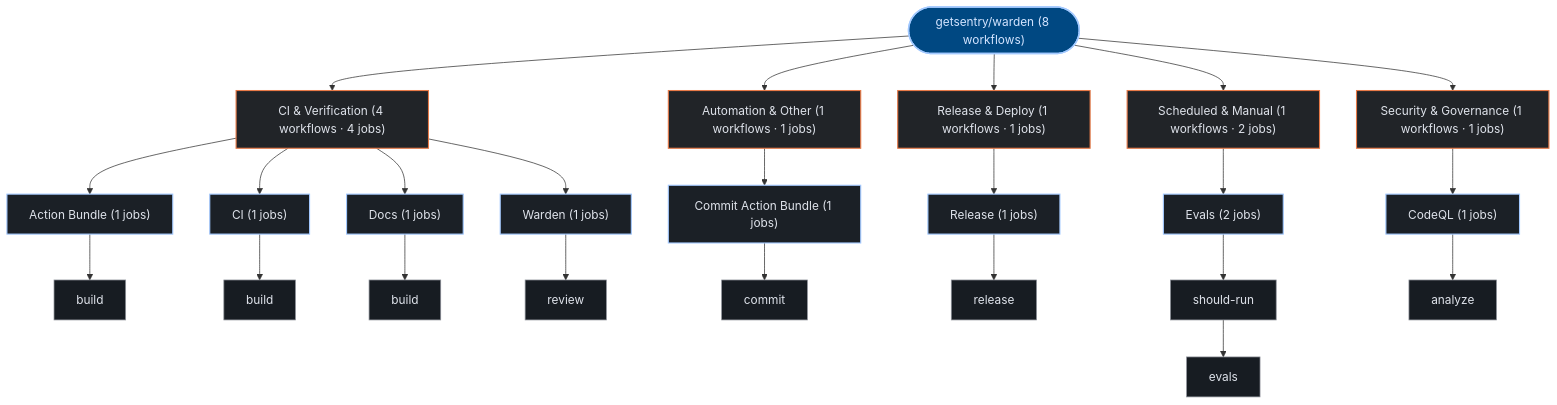
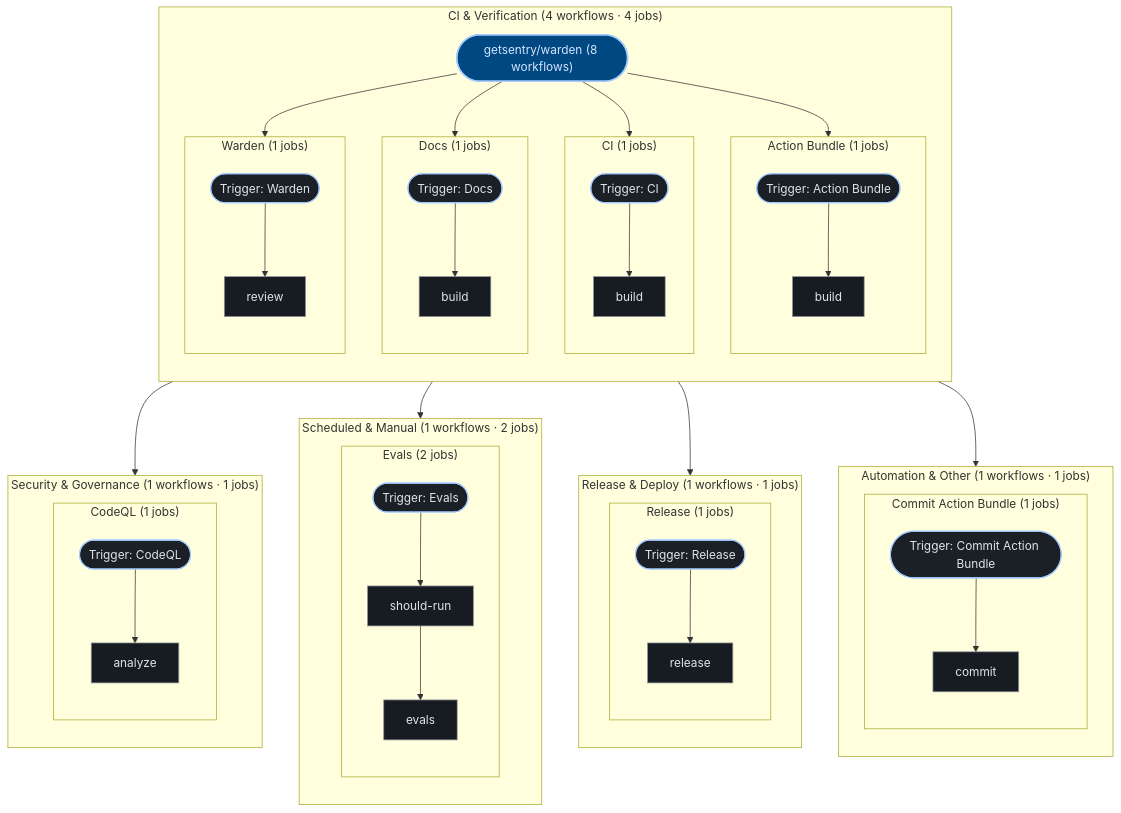
Before and after one commit to kumarshaz/atruss-code-atlas: the third of 3 diagrams in exports/latest/reports/getsentry-warden-report.md, drawn with Mermaid. The commit also changed 181 other files, not shown here.

````diff
--- a/exports/latest/reports/getsentry-warden-report.md
+++ b/exports/latest/reports/getsentry-warden-report.md
@@ -241,48 +241,77 @@
   classDef atlasAlert fill:#93000a,stroke:#ffb4ab,stroke-width:1.5px,color:#ffdad6
   classDef atlasMore fill:#252a31,stroke:#8d9199,stroke-dasharray:4 4,color:#c3c6cf
   pipeline_root(["getsentry/warden (8 workflows)"]):::atlasRoot
-  grp_0_CI___Verification["CI & Verification (4 workflows · 4 jobs)"]:::atlasCategory
-  pipeline_root --> grp_0_CI___Verification
-  wf_0_Action_Bundle["Action Bundle (1 jobs)"]:::atlasWorkflow
-  grp_0_CI___Verification --> wf_0_Action_Bundle
-  job_0_build["build"]:::atlasJob
-  wf_0_Action_Bundle --> job_0_build
-  wf_1_CI["CI (1 jobs)"]:::atlasWorkflow
-  grp_0_CI___Verification --> wf_1_CI
-  job_1_build["build"]:::atlasJob
-  wf_1_CI --> job_1_build
-  wf_4_Docs["Docs (1 jobs)"]:::atlasWorkflow
-  grp_0_CI___Verification --> wf_4_Docs
-  job_4_build["build"]:::atlasJob
-  wf_4_Docs --> job_4_build
-  wf_7_Warden["Warden (1 jobs)"]:::atlasWorkflow
-  grp_0_CI___Verification --> wf_7_Warden
-  job_7_review["review"]:::atlasJob
-  wf_7_Warden --> job_7_review
-  grp_1_Automation___Other["Automation & Other (1 workflows · 1 jobs)"]:::atlasCategory
-  pipeline_root --> grp_1_Automation___Other
-  wf_3_Commit_Action_Bundle["Commit Action Bundle (1 jobs)"]:::atlasWorkflow
-  grp_1_Automation___Other --> wf_3_Commit_Action_Bundle
-  job_3_commit["commit"]:::atlasJob
-  wf_3_Commit_Action_Bundle --> job_3_commit
-  grp_2_Release___Deploy["Release & Deploy (1 workflows · 1 jobs)"]:::atlasCategory
-  pipeline_root --> grp_2_Release___Deploy
-  wf_6_Release["Release (1 jobs)"]:::atlasWorkflow
-  grp_2_Release___Deploy --> wf_6_Release
-  job_6_release["release"]:::atlasJob
-  wf_6_Release --> job_6_release
-  grp_3_Scheduled___Manual["Scheduled & Manual (1 workflows · 2 jobs)"]:::atlasCategory
-  pipeline_root --> grp_3_Scheduled___Manual
-  wf_5_Evals["Evals (2 jobs)"]:::atlasWorkflow
-  grp_3_Scheduled___Manual --> wf_5_Evals
-  job_5_should_run["should-run"]:::atlasJob
-  job_5_evals["evals"]:::atlasJob
-  wf_5_Evals --> job_5_should_run
-  job_5_should_run --> job_5_evals
-  grp_4_Security___Governance["Security & Governance (1 workflows · 1 jobs)"]:::atlasCategory
-  pipeline_root --> grp_4_Security___Governance
-  wf_2_CodeQL["CodeQL (1 jobs)"]:::atlasWorkflow
-  grp_4_Security___Governance --> wf_2_CodeQL
-  job_2_analyze["analyze"]:::atlasJob
-  wf_2_CodeQL --> job_2_analyze
+  subgraph sg_grp_0_CI___Verification["CI & Verification (4 workflows · 4 jobs)"]
+    direction TB
+    subgraph sg_wf_0_Action_Bundle["Action Bundle (1 jobs)"]
+      direction TB
+      wf_0_Action_Bundle(["Trigger: Action Bundle"]):::atlasWorkflow
+      job_0_build["build"]:::atlasJob
+      wf_0_Action_Bundle --> job_0_build
+    end
+    pipeline_root --> wf_0_Action_Bundle
+    subgraph sg_wf_1_CI["CI (1 jobs)"]
+      direction TB
+      wf_1_CI(["Trigger: CI"]):::atlasWorkflow
+      job_1_build["build"]:::atlasJob
+      wf_1_CI --> job_1_build
+    end
+    pipeline_root --> wf_1_CI
+    subgraph sg_wf_4_Docs["Docs (1 jobs)"]
+      direction TB
+      wf_4_Docs(["Trigger: Docs"]):::atlasWorkflow
+      job_4_build["build"]:::atlasJob
+      wf_4_Docs --> job_4_build
+    end
+    pipeline_root --> wf_4_Docs
+    subgraph sg_wf_7_Warden["Warden (1 jobs)"]
+      direction TB
+      wf_7_Warden(["Trigger: Warden"]):::atlasWorkflow
+      job_7_review["review"]:::atlasJob
+      wf_7_Warden --> job_7_review
+    end
+    pipeline_root --> wf_7_Warden
+  end
+  subgraph sg_grp_1_Automation___Other["Automation & Other (1 workflows · 1 jobs)"]
+    direction TB
+    subgraph sg_wf_3_Commit_Action_Bundle["Commit Action Bundle (1 jobs)"]
+      direction TB
+      wf_3_Commit_Action_Bundle(["Trigger: Commit Action Bundle"]):::atlasWorkflow
+      job_3_commit["commit"]:::atlasJob
+      wf_3_Commit_Action_Bundle --> job_3_commit
+    end
+    pipeline_root --> wf_3_Commit_Action_Bundle
+  end
+  subgraph sg_grp_2_Release___Deploy["Release & Deploy (1 workflows · 1 jobs)"]
+    direction TB
+    subgraph sg_wf_6_Release["Release (1 jobs)"]
+      direction TB
+      wf_6_Release(["Trigger: Release"]):::atlasWorkflow
+      job_6_release["release"]:::atlasJob
+      wf_6_Release --> job_6_release
+    end
+    pipeline_root --> wf_6_Release
+  end
+  subgraph sg_grp_3_Scheduled___Manual["Scheduled & Manual (1 workflows · 2 jobs)"]
+    direction TB
+    subgraph sg_wf_5_Evals["Evals (2 jobs)"]
+      direction TB
+      wf_5_Evals(["Trigger: Evals"]):::atlasWorkflow
+      job_5_should_run["should-run"]:::atlasJob
+      job_5_evals["evals"]:::atlasJob
+      wf_5_Evals --> job_5_should_run
+      job_5_should_run --> job_5_evals
+    end
+    pipeline_root --> wf_5_Evals
+  end
+  subgraph sg_grp_4_Security___Governance["Security & Governance (1 workflows · 1 jobs)"]
+    direction TB
+    subgraph sg_wf_2_CodeQL["CodeQL (1 jobs)"]
+      direction TB
+      wf_2_CodeQL(["Trigger: CodeQL"]):::atlasWorkflow
+      job_2_analyze["analyze"]:::atlasJob
+      wf_2_CodeQL --> job_2_analyze
+    end
+    pipeline_root --> wf_2_CodeQL
+  end
 ```
````
